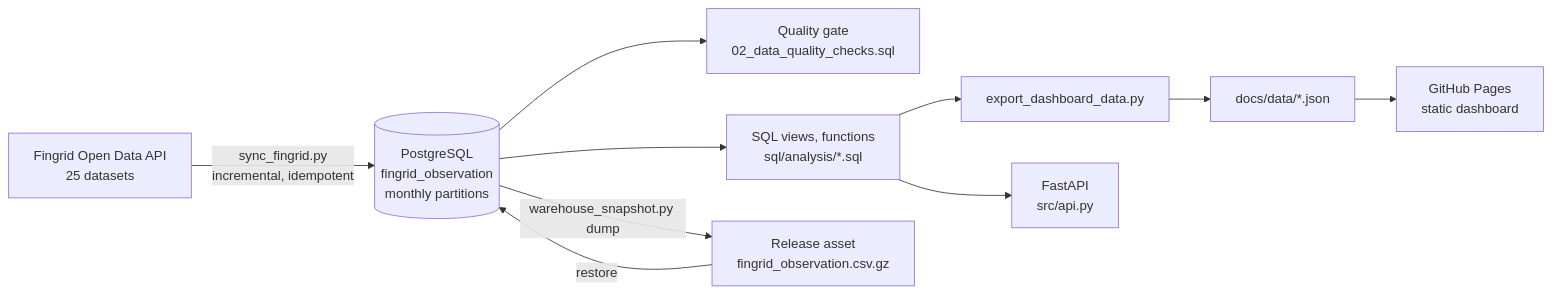
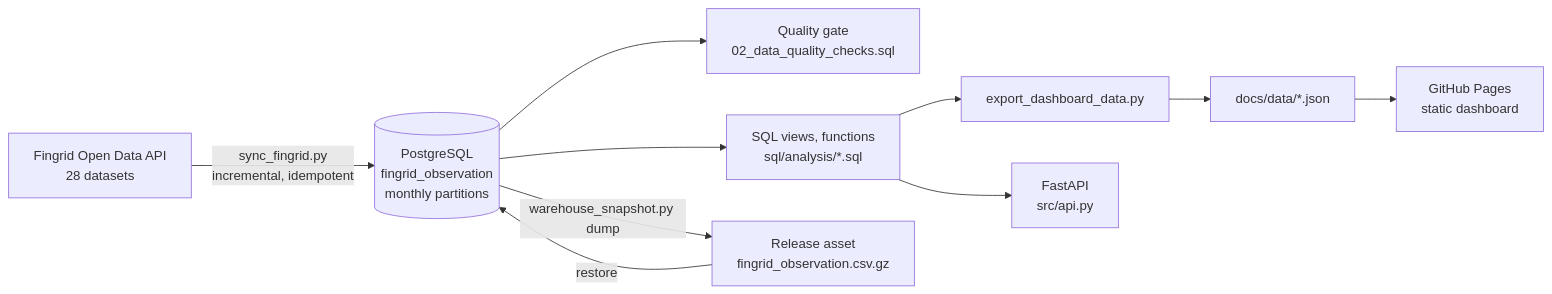
One commit to miladgk/industrial-energy-sql-pipeline changed the diagram in README.md. Above: the diagram before and after it, drawn with Mermaid. The commit also changed other lines of this file and 16 other files, not shown here.

````diff
--- a/README.md
+++ b/README.md
@@ -35,10 +36,10 @@
 ```mermaid
 flowchart LR
-    F[Fingrid Open Data API<br/>25 datasets] -->|sync_fingrid.py<br/>incremental, idempotent| W[(PostgreSQL<br/>fingrid_observation<br/>monthly partitions)]
+    F[Fingrid Open Data API<br/>28 datasets] -->|sync_fingrid.py<br/>incremental, idempotent| W[(PostgreSQL<br/>fingrid_observation<br/>monthly partitions)]
     W --> Q[Quality gate<br/>02_data_quality_checks.sql]
     W --> S[SQL views, functions<br/>sql/analysis/*.sql]
     S --> E[export_dashboard_data.py] --> J[docs/data/*.json] --> P[GitHub Pages<br/>static dashboard]
     S --> A[FastAPI<br/>src/api.py]
     W -->|warehouse_snapshot.py dump| R[Release asset<br/>fingrid_observation.csv.gz]
     R -->|restore| W
 ```
````
